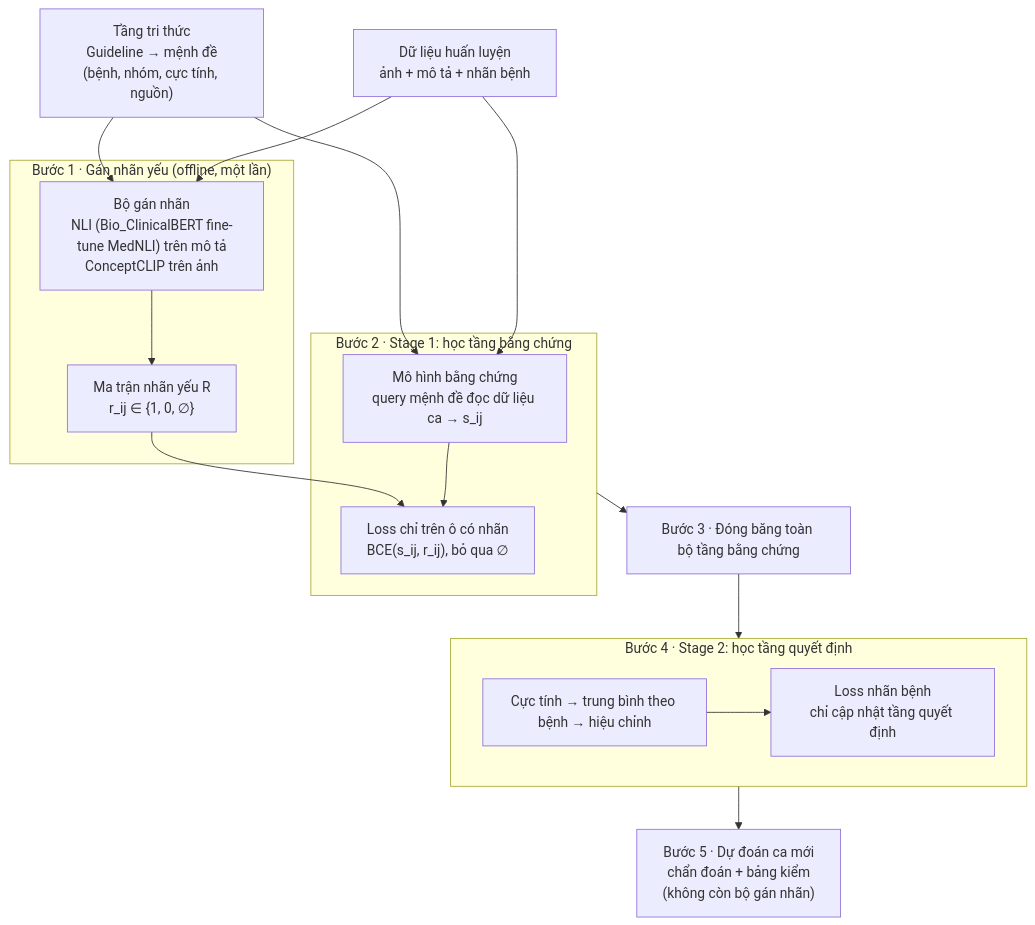
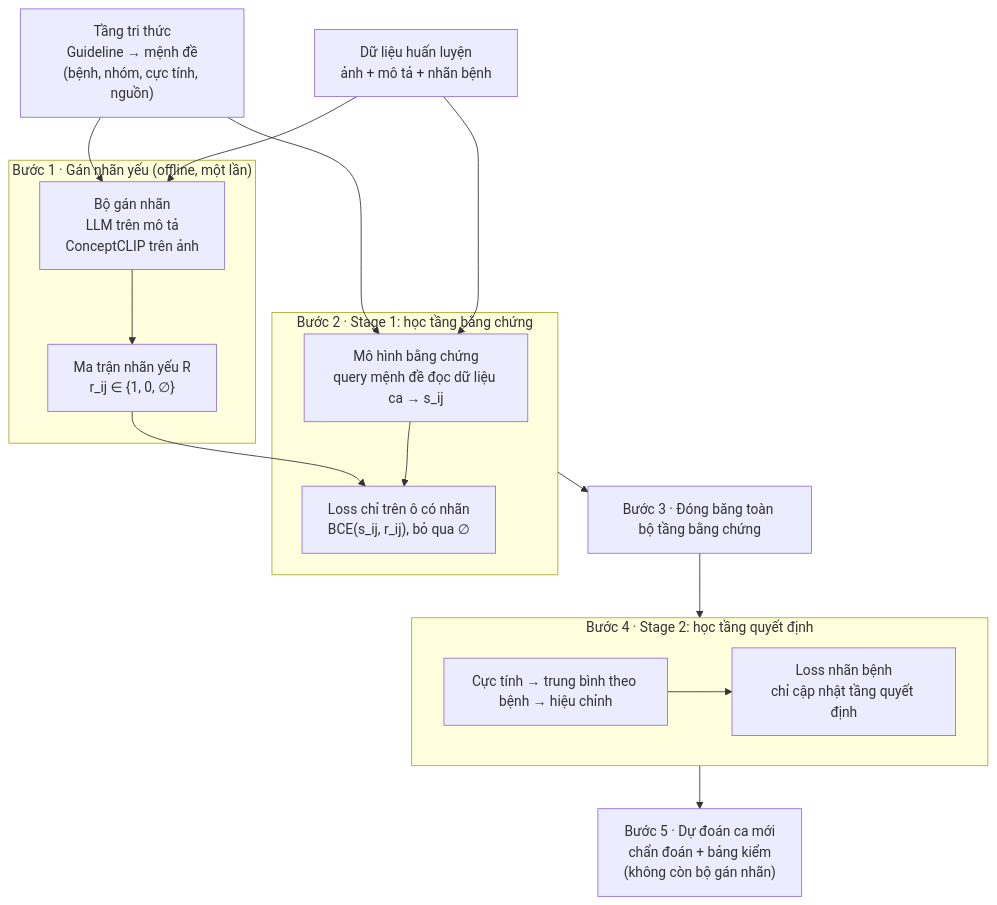
One commit to trisle0805/RAD-colab changed the first of 5 diagrams in docs_coding/CauChuyen_LuanVan_Final.md. Above: the diagram before and after it, drawn with Mermaid. The commit also changed other lines of this file and 5 other files, not shown here.

Commit message:
feat(ws): replace NLI weak labeling with resumable LLM v2 workflow

````diff
--- a/docs_coding/CauChuyen_LuanVan_Final.md
+++ b/docs_coding/CauChuyen_LuanVan_Final.md
@@ -188,34 +190,34 @@
 ```mermaid
 flowchart TD
     KB["Tầng tri thức<br/>Guideline → mệnh đề<br/>(bệnh, nhóm, cực tính, nguồn)"]
     DATA["Dữ liệu huấn luyện<br/>ảnh + mô tả + nhãn bệnh"]
 
     subgraph B1["Bước 1 · Gán nhãn yếu (offline, một lần)"]
-        T["Bộ gán nhãn<br/>NLI (Bio_ClinicalBERT fine-tune MedNLI) trên mô tả<br/>ConceptCLIP trên ảnh"]
+        T["Bộ gán nhãn<br/>LLM trên mô tả<br/>ConceptCLIP trên ảnh"]
         R["Ma trận nhãn yếu R<br/>r_ij ∈ {1, 0, ∅}"]
         T --> R
     end
 
     subgraph B2["Bước 2 · Stage 1: học tầng bằng chứng"]
         M1["Mô hình bằng chứng<br/>query mệnh đề đọc dữ liệu ca → s_ij"]
         L1["Loss chỉ trên ô có nhãn<br/>BCE(s_ij, r_ij), bỏ qua ∅"]
         M1 --> L1
     end
 
     B3["Bước 3 · Đóng băng toàn bộ tầng bằng chứng"]
 
     subgraph B4["Bước 4 · Stage 2: học tầng quyết định"]
         D["Cực tính → trung bình theo bệnh → hiệu chỉnh"]
         L2["Loss nhãn bệnh<br/>chỉ cập nhật tầng quyết định"]
         D --> L2
     end
 
     B5["Bước 5 · Dự đoán ca mới<br/>chẩn đoán + bảng kiểm<br/>(không còn bộ gán nhãn)"]
 
     KB --> T
     DATA --> T
     KB --> M1
     DATA --> M1
     R --> L1
     B2 --> B3 --> B4 --> B5
 ```
````
